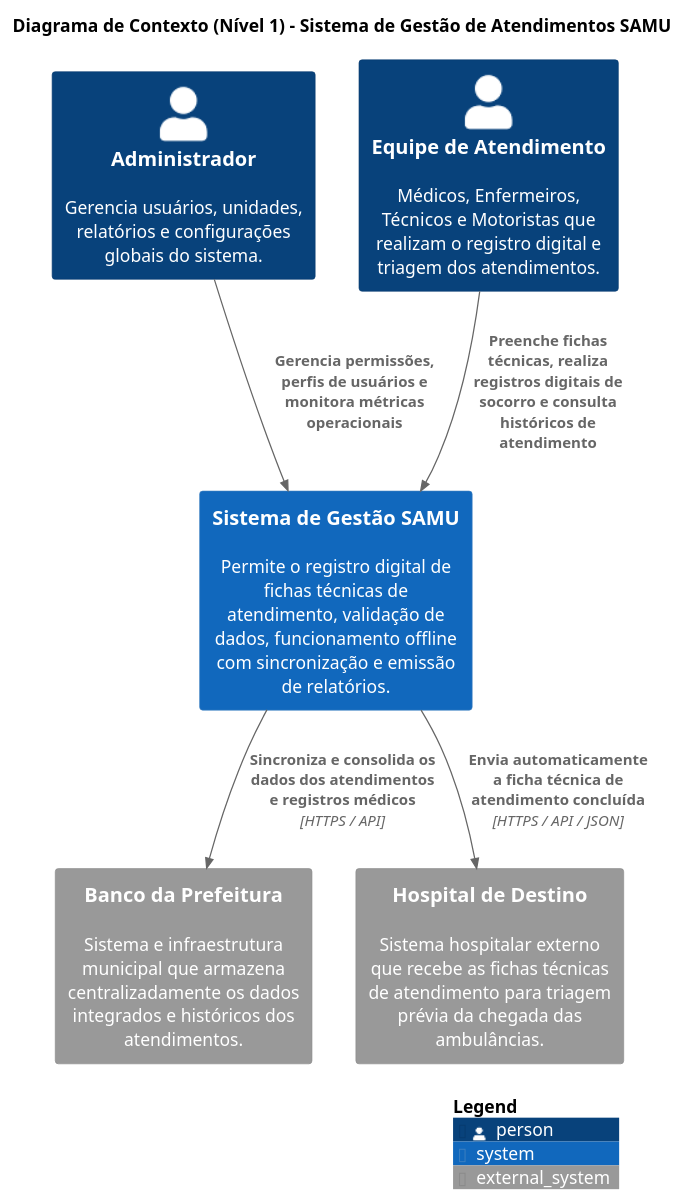
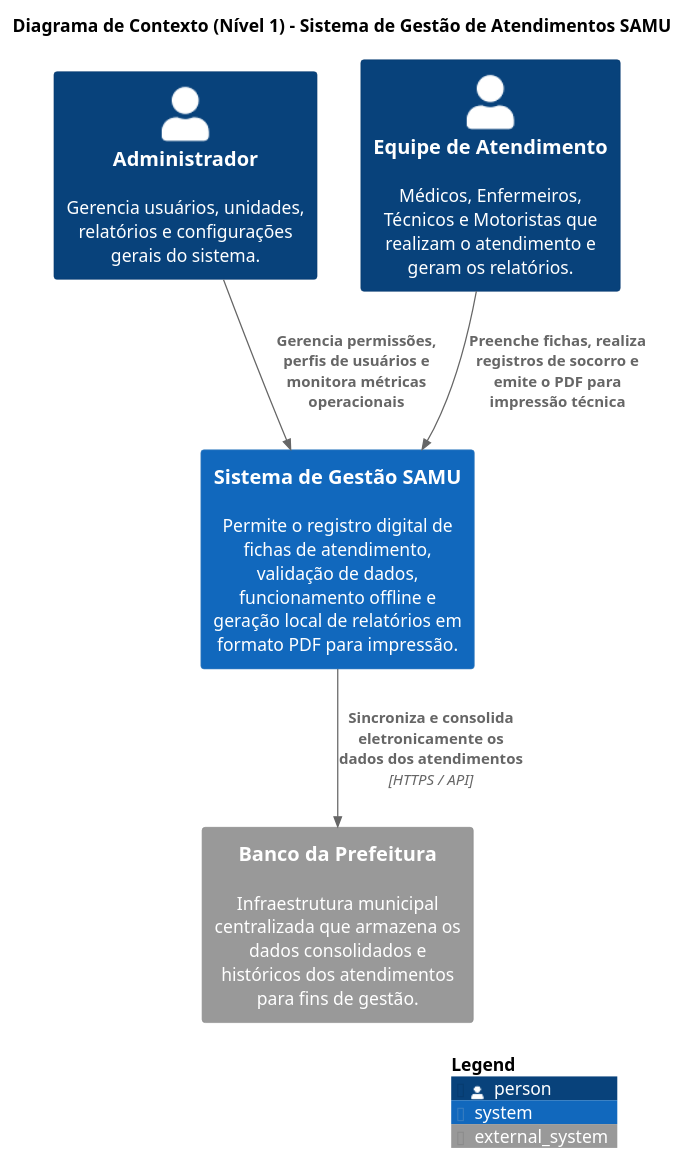
Before and after one commit to Madu3304/Software_brava: the diagram in ModeloC4/nivel1 (1).puml, drawn with PlantUML. The commit also changed 3 other files, not shown here.

```diff
--- a/ModeloC4/nivel1 (1).puml
+++ b/ModeloC4/nivel1 (1).puml
@@ -1,46 +1,42 @@
-@startuml c4_contexto_nivel1
+@startuml c4Nivel1
 
 !include https://raw.githubusercontent.com/RicardoNiepel/C4-PlantUML/master/C4_Context.puml
 
 title Diagrama de Contexto (Nível 1) - Sistema de Gestão de Atendimentos SAMU
 
-' =========================
-' Pessoas (Usuários do Sistema)
-' =========================
+' ========================================================
+' Pessoas (Usuários diretos do Sistema)
+' ========================================================
 
-Person(admin, "Administrador", "Gerencia usuários, unidades, relatórios e configurações globais do sistema.")
+Person(admin, "Administrador", "Gerencia usuários, unidades, relatórios e configurações gerais do sistema.")
 
-Person(equipe_samu, "Equipe de Atendimento", "Médicos, Enfermeiros, Técnicos e Motoristas que realizam o registro digital e triagem dos atendimentos.")
+Person(equipe_samu, "Equipe de Atendimento", "Médicos, Enfermeiros, Técnicos e Motoristas que realizam o atendimento e geram os relatórios.")
 
-' =========================
+' ========================================================
 ' Sistema Principal (Caixa Única)
-' =========================
+' ========================================================
 
-System(sistema_samu, "Sistema de Gestão SAMU", "Permite o registro digital de fichas técnicas de atendimento, validação de dados, funcionamento offline com sincronização e emissão de relatórios.")
+System(sistema_samu, "Sistema de Gestão SAMU", "Permite o registro digital de fichas de atendimento, validação de dados, funcionamento offline e geração local de relatórios em formato PDF para impressão.")
 
-' =========================
-' Sistemas Externos (Integrações)
-' =========================
+' ========================================================
+' Sistemas Externos (Única Integração Tecnológica Direta)
+' ========================================================
 
-System_Ext(prefeitura, "Banco da Prefeitura", "Sistema e infraestrutura municipal que armazena centralizadamente os dados integrados e históricos dos atendimentos.")
+System_Ext(prefeitura, "Banco da Prefeitura", "Infraestrutura municipal centralizada que armazena os dados consolidados e históricos dos atendimentos para fins de gestão.")
 
-System_Ext(hospital, "Hospital de Destino", "Sistema hospitalar externo que recebe as fichas técnicas de atendimento para triagem prévia da chegada das ambulâncias.")
-
-' =========================
-' Relacionamentos
-' =========================
+' ========================================================
+' Relacionamentos Eletrônicos / Digitais
+' ========================================================
 
 Rel(admin, sistema_samu, "Gerencia permissões, perfis de usuários e monitora métricas operacionais")
 
-Rel(equipe_samu, sistema_samu, "Preenche fichas técnicas, realiza registros digitais de socorro e consulta históricos de atendimento") 
+Rel(equipe_samu, sistema_samu, "Preenche fichas, realiza registros de socorro e emite o PDF para impressão técnica") 
 
-Rel(sistema_samu, prefeitura, "Sincroniza e consolida os dados dos atendimentos e registros médicos", "HTTPS / API")
+Rel(sistema_samu, prefeitura, "Sincroniza e consolida eletronicamente os dados dos atendimentos", "HTTPS / API")
 
-Rel(sistema_samu, hospital, "Envia automaticamente a ficha técnica de atendimento concluída", "HTTPS / API / JSON")
-
-' =========================
+' ========================================================
 ' Configuração de Legenda
-' =========================
+' ========================================================
 
 SHOW_LEGEND()
 @enduml
```
